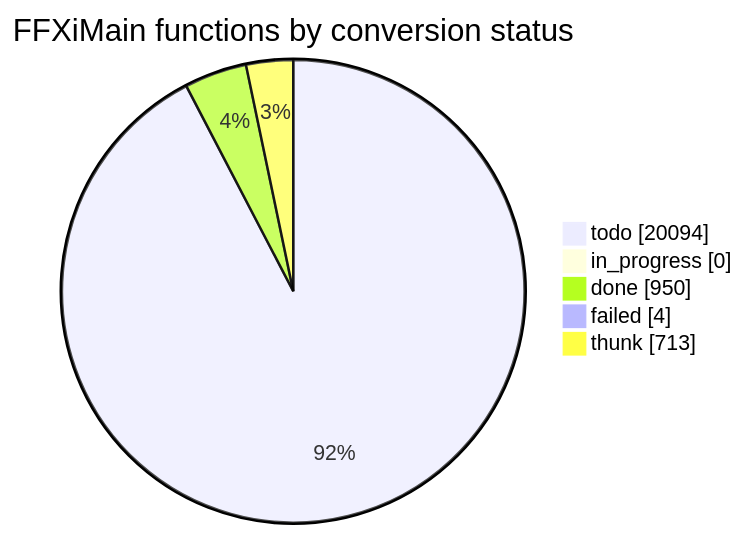
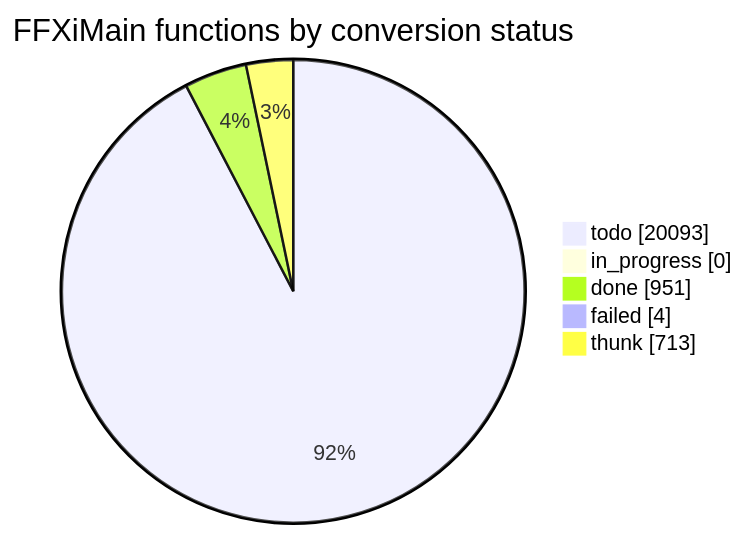
Before and after one commit to cowrevenge/cow_kuluu_xi_anything: the diagram in docs/cow/STATUS.md, drawn with Mermaid. The commit also changed other lines of this file and 11 other files, not shown here.

````diff
--- a/docs/cow/STATUS.md
+++ b/docs/cow/STATUS.md
@@ -18,9 +18,9 @@
 ```mermaid
 pie showData
     title FFXiMain functions by conversion status
-    "todo" : 20094
+    "todo" : 20093
     "in_progress" : 0
-    "done" : 950
+    "done" : 951
     "failed" : 4
     "thunk" : 713
 ```
````
